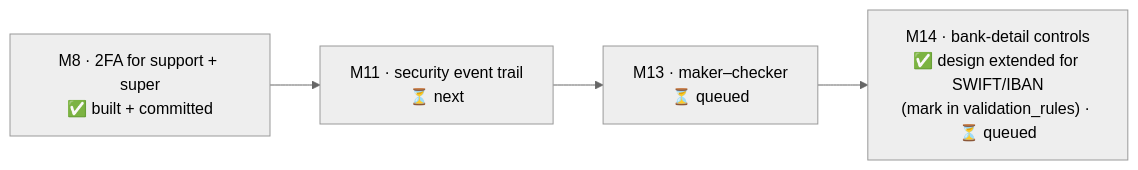
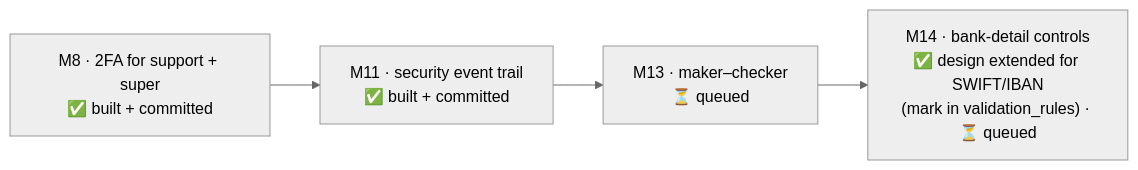
One commit to sampadadiwan/IRM_CompanyMain changed the sixth of 9 diagrams in docs/security/owasp_2026_11_changes.md. Above: the diagram before and after it, drawn with Mermaid (neutral theme). The commit also changed other lines of this file and 89 other files, not shown here.

````diff
--- a/docs/security/owasp_2026_11_changes.md
+++ b/docs/security/owasp_2026_11_changes.md
@@ -1233,6 +1233,6 @@
 ```mermaid
 flowchart LR
-    M8["M8 · 2FA for support + super<br/>✅ built + committed"] --> M11["M11 · security event trail<br/>⏳ next"]
+    M8["M8 · 2FA for support + super<br/>✅ built + committed"] --> M11["M11 · security event trail<br/>✅ built + committed"]
     M11 --> M13["M13 · maker–checker<br/>⏳ queued"]
     M13 --> M14["M14 · bank-detail controls<br/>✅ design extended for SWIFT/IBAN<br/>(mark in validation_rules) · ⏳ queued"]
 ```
````
